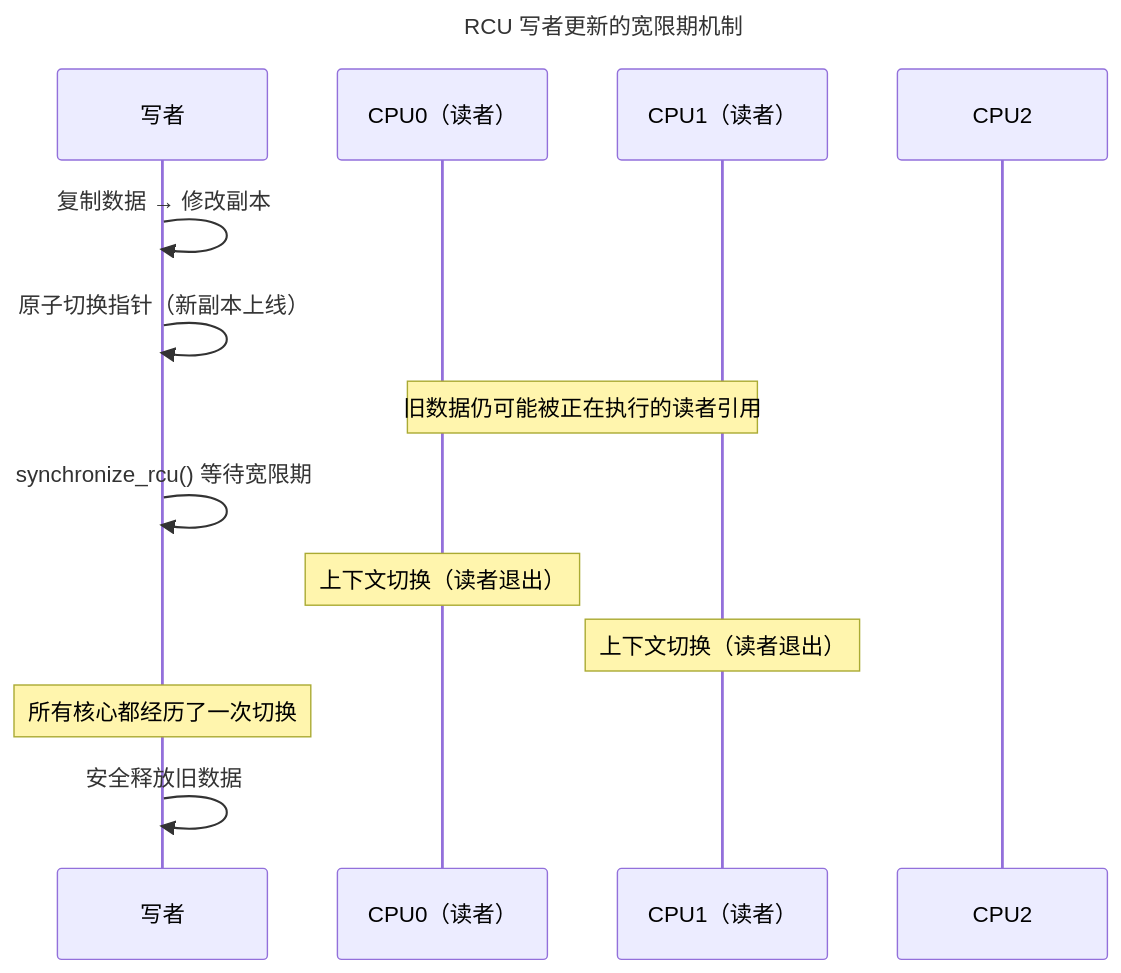
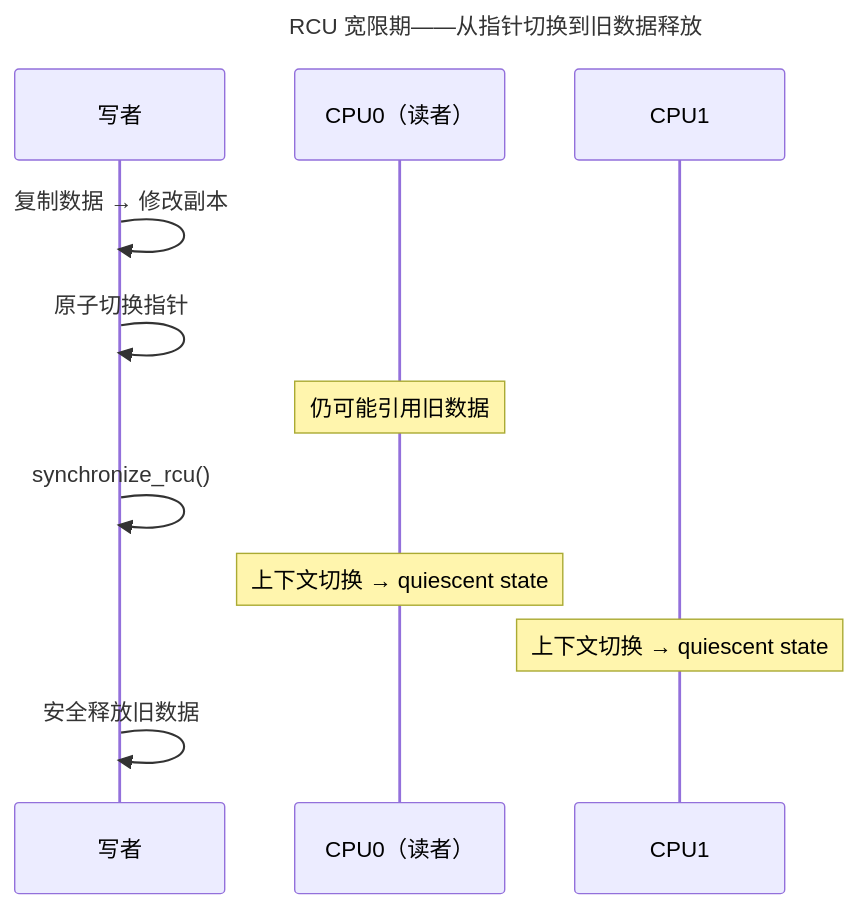
One commit to yadayanxue/silicon-strides changed the diagram in src/content/docs/03-qiankun/04-synchronization.md. Above: the diagram before and after it, drawn with Mermaid. The commit also changed other lines of this file and 7 other files, not shown here.

Commit message:
docs: 卷三内容深度补充——8章各加Mermaid图与深层论证

````diff
--- a/src/content/docs/03-qiankun/04-synchronization.md
+++ b/src/content/docs/03-qiankun/04-synchronization.md
@@ -65,21 +31,17 @@
 ```mermaid
 ---
-title: RCU 写者更新的宽限期机制
+title: RCU 宽限期——从指针切换到旧数据释放
 ---
 sequenceDiagram
     participant Writer as 写者
     participant CPU0 as CPU0（读者）
-    participant CPU1 as CPU1（读者）
-    participant CPU2 as CPU2
+    participant CPU1 as CPU1
 
     Writer->>Writer: 复制数据 → 修改副本
-    Writer->>Writer: 原子切换指针（新副本上线）
-    Note over CPU0,CPU1: 旧数据仍可能被正在执行的读者引用
-
-    Writer->>Writer: synchronize_rcu() 等待宽限期
-    Note over CPU0: 上下文切换（读者退出）
-    Note over CPU1: 上下文切换（读者退出）
-    Note over Writer: 所有核心都经历了一次切换
-
+    Writer->>Writer: 原子切换指针
+    Note over CPU0: 仍可能引用旧数据
+    Writer->>Writer: synchronize_rcu()
+    Note over CPU0: 上下文切换 → quiescent state
+    Note over CPU1: 上下文切换 → quiescent state
     Writer->>Writer: 安全释放旧数据
 ```
````
